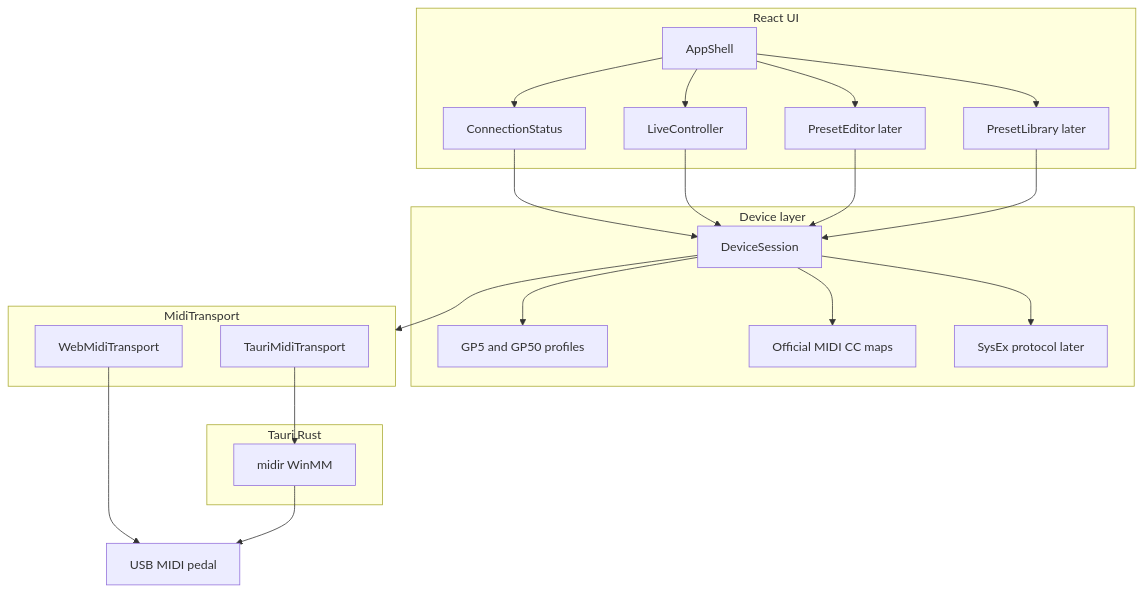
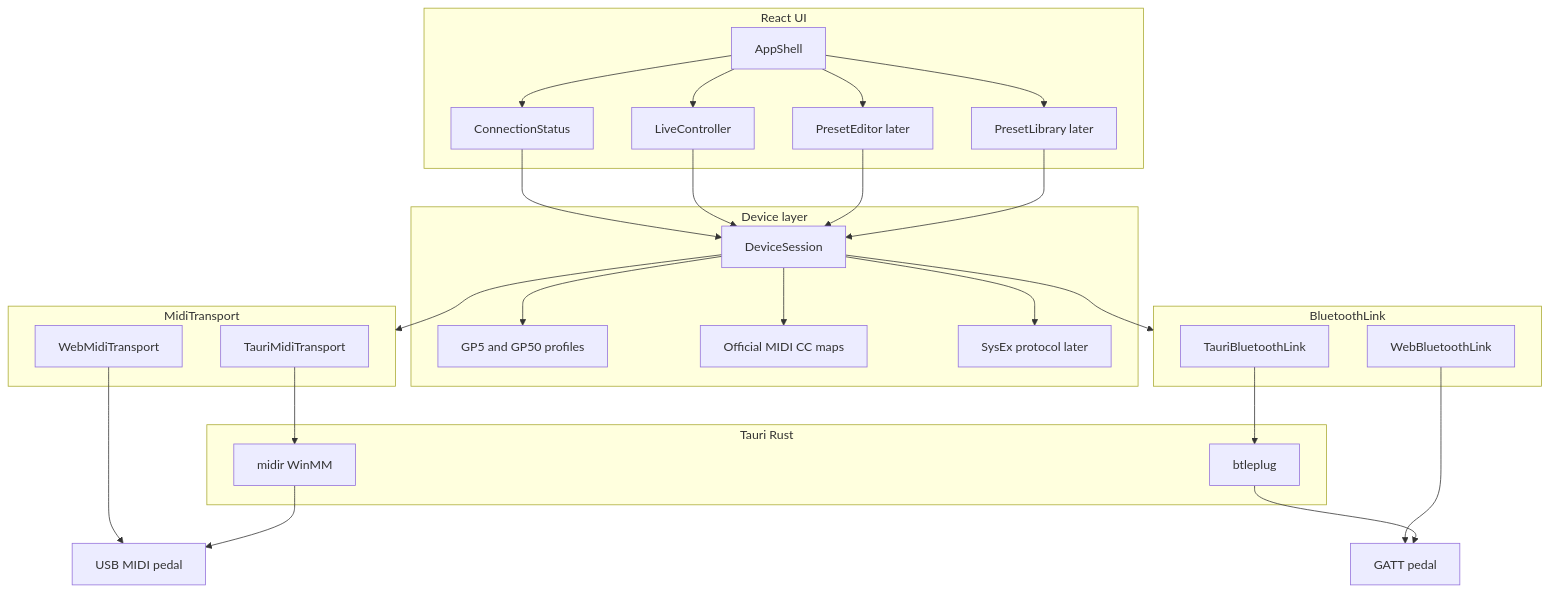
One commit to patocorrenti/gpstudio changed the diagram in docs/architecture.md. Above: the diagram before and after it, drawn with Mermaid. The commit also changed other lines of this file and 19 other files, not shown here.

````diff
--- a/docs/architecture.md
+++ b/docs/architecture.md
@@ -25,42 +29,52 @@
 ```mermaid
 flowchart TB
   subgraph ui [React UI]
     Shell[AppShell]
     ConnectStatus[ConnectionStatus]
     Controller[LiveController]
     Editor[PresetEditor later]
     Library[PresetLibrary later]
   end
 
   subgraph domain [Device layer]
     Session[DeviceSession]
     Profiles[GP5 and GP50 profiles]
     CcMap[Official MIDI CC maps]
     Sysex[SysEx protocol later]
   end
 
   subgraph transport [MidiTransport]
     WebMidi[WebMidiTransport]
     TauriMidi[TauriMidiTransport]
   end
 
+  subgraph bluetooth [BluetoothLink]
+    WebBle[WebBluetoothLink]
+    TauriBle[TauriBluetoothLink]
+  end
+
   subgraph native [Tauri Rust]
     Midir[midir WinMM]
+    Btle[btleplug]
   end
 
   Shell --> ConnectStatus
   Shell --> Controller
   Shell --> Editor
   Shell --> Library
   ConnectStatus --> Session
   Controller --> Session
   Editor --> Session
   Library --> Session
   Session --> Profiles
   Session --> CcMap
   Session --> Sysex
   Session --> transport
+  Session --> bluetooth
   WebMidi --> Pedal[USB MIDI pedal]
   TauriMidi --> Midir
   Midir --> Pedal
+  WebBle --> BlePedal[GATT pedal]
+  TauriBle --> Btle
+  Btle --> BlePedal
 ```
````
